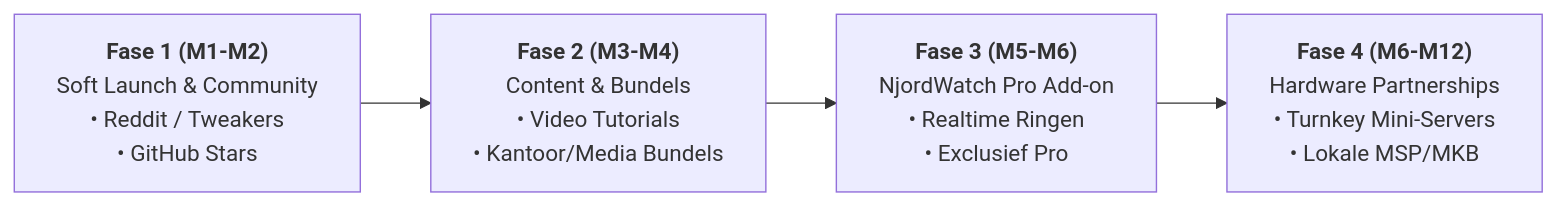
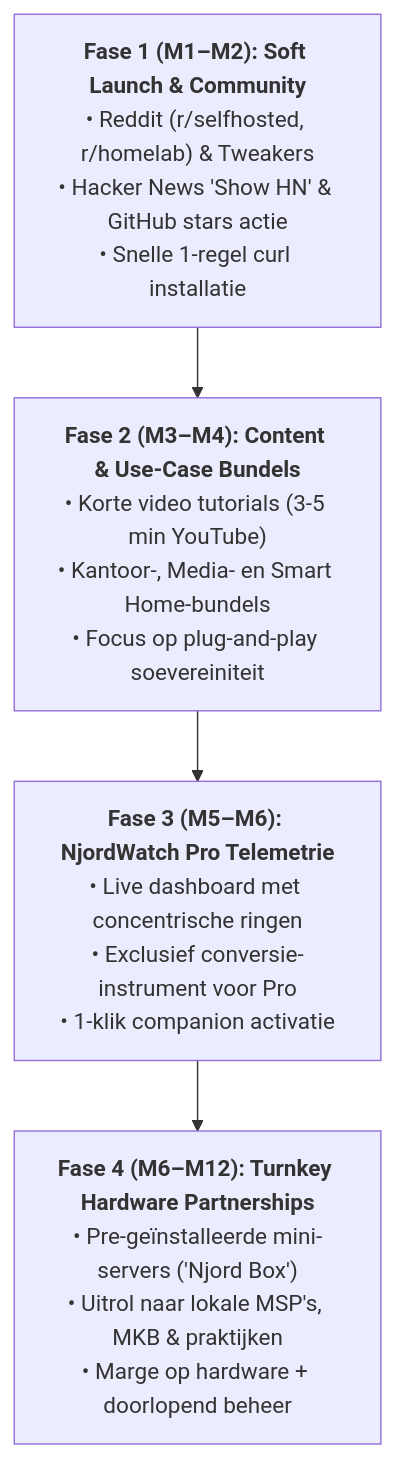
The third of 3 diagrams in docs/COMMERCIELE_ROADMAP_EN_GO_TO_MARKET.md (HenkVanHoek/njord-deploy), drawn with Mermaid before and after one commit. The commit also changed other lines of this file, not shown here.

Commit message:
docs(commercial): optimaliseer Mermaid diagrammen naar compacte flowchart TD voor PDF export

````diff
--- a/docs/COMMERCIELE_ROADMAP_EN_GO_TO_MARKET.md
+++ b/docs/COMMERCIELE_ROADMAP_EN_GO_TO_MARKET.md
@@ -88,6 +94,7 @@
 ```mermaid
-flowchart LR
-    F1["<b>Fase 1 (M1-M2)</b><br/>Soft Launch & Community<br/>• Reddit / Tweakers<br/>• GitHub Stars"] --> F2["<b>Fase 2 (M3-M4)</b><br/>Content & Bundels<br/>• Video Tutorials<br/>• Kantoor/Media Bundels"]
-    F2 --> F3["<b>Fase 3 (M5-M6)</b><br/>NjordWatch Pro Add-on<br/>• Realtime Ringen<br/>• Exclusief Pro"]
-    F3 --> F4["<b>Fase 4 (M6-M12)</b><br/>Hardware Partnerships<br/>• Turnkey Mini-Servers<br/>• Lokale MSP/MKB"]
+flowchart TD
+    F1["<b>Fase 1 (M1–M2): Soft Launch & Community</b><br/>• Reddit (r/selfhosted, r/homelab) & Tweakers<br/>• Hacker News 'Show HN' & GitHub stars actie<br/>• Snelle 1-regel curl installatie"]
+    --> F2["<b>Fase 2 (M3–M4): Content & Use-Case Bundels</b><br/>• Korte video tutorials (3-5 min YouTube)<br/>• Kantoor-, Media- en Smart Home-bundels<br/>• Focus op plug-and-play soevereiniteit"]
+    --> F3["<b>Fase 3 (M5–M6): NjordWatch Pro Telemetrie</b><br/>• Live dashboard met concentrische ringen<br/>• Exclusief conversie-instrument voor Pro<br/>• 1-klik companion activatie"]
+    --> F4["<b>Fase 4 (M6–M12): Turnkey Hardware Partnerships</b><br/>• Pre-geïnstalleerde mini-servers ('Njord Box')<br/>• Uitrol naar lokale MSP's, MKB & praktijken<br/>• Marge op hardware + doorlopend beheer"]
 ```
````
